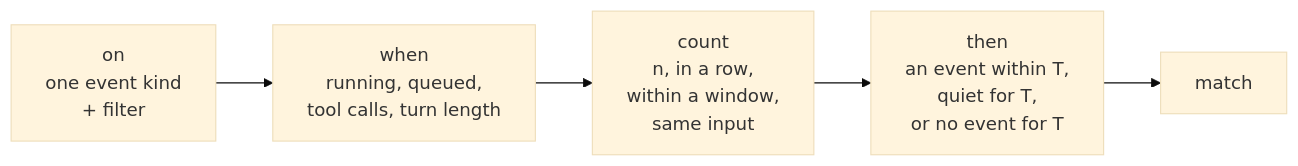
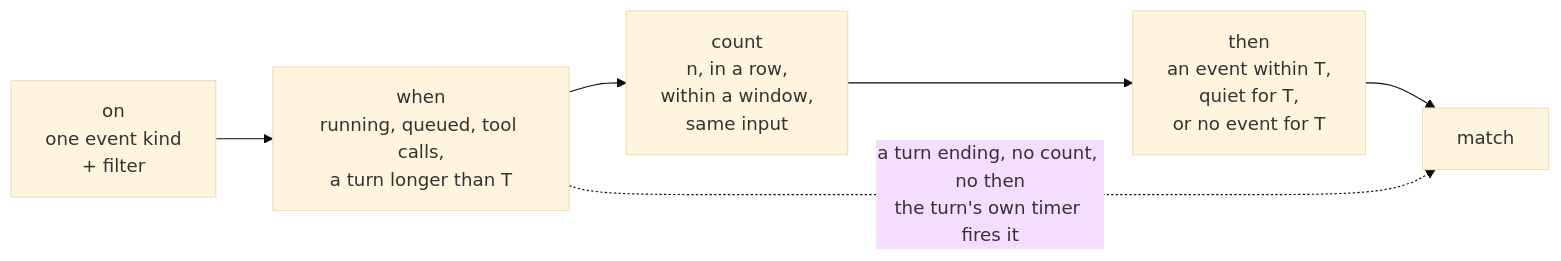
The second of 8 diagrams in .project/plans/host/71-an-automation-wakes-on-what-a-session-does/diagrams.md (softov/ahpd), drawn with Mermaid (base theme) before and after one commit. The commit also changed other lines of this file and 51 other files, not shown here.

````diff
--- a/.project/plans/host/71-an-automation-wakes-on-what-a-session-does/diagrams.md
+++ b/.project/plans/host/71-an-automation-wakes-on-what-a-session-does/diagrams.md
@@ -28,7 +31,8 @@
 ```mermaid
 flowchart LR
-    ON["on<br/>one event kind<br/>+ filter"] --> WHEN["when<br/>running, queued,<br/>tool calls, turn length"]
+    ON["on<br/>one event kind<br/>+ filter"] --> WHEN["when<br/>running, queued, tool calls,<br/>a turn longer than T"]
     WHEN --> COUNT["count<br/>n, in a row,<br/>within a window,<br/>same input"]
     COUNT --> THEN["then<br/>an event within T,<br/>quiet for T,<br/>or no event for T"]
     THEN --> M["match"]
+    WHEN -.->|"a turn ending, no count, no then<br/>the turn's own timer fires it"| M
 ```
````
